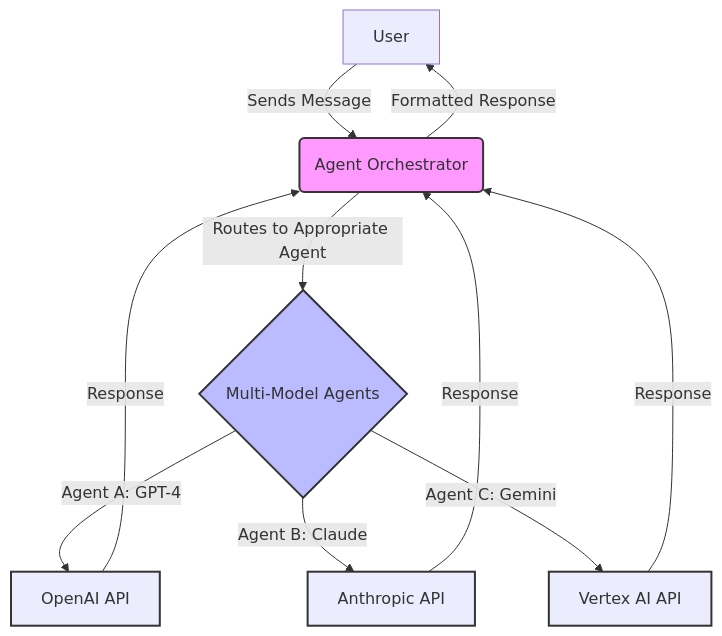
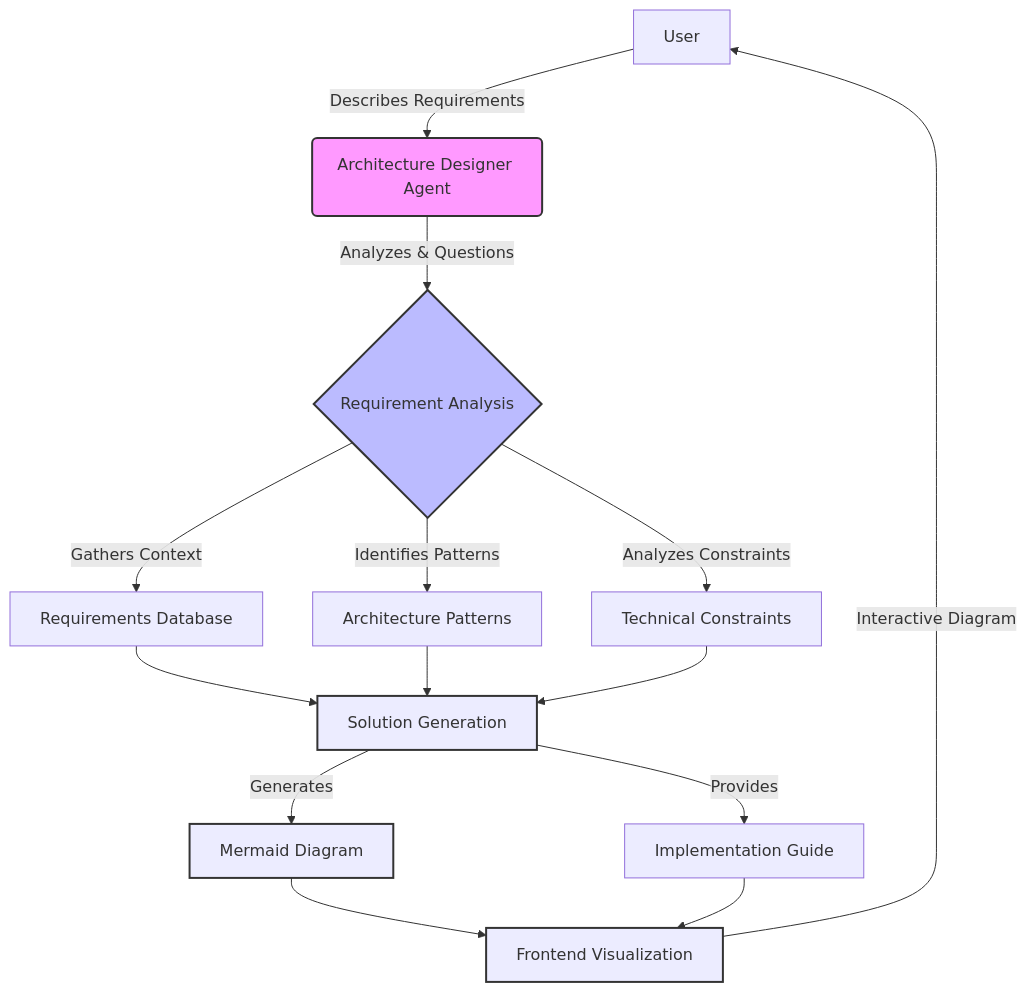
One commit to justmeloic/flowgen changed the first of 2 diagrams in services/backend/README.md. Above: the diagram before and after it, drawn with Mermaid. The commit also changed other lines of this file and 10 other files, not shown here.

First line of the commit message:
feat: transform to Architecture Designer

````diff
--- a/services/backend/README.md
+++ b/services/backend/README.md
@@ -15,18 +16,22 @@
 ```mermaid
 graph TD
-    A[User] -- Sends Message --> B(Agent Orchestrator);
-    B -- Routes to Appropriate Agent --> C{Multi-Model Agents};
-    C -- Agent A: GPT-4 --> D[OpenAI API];
-    C -- Agent B: Claude --> E[Anthropic API];
-    C -- Agent C: Gemini --> F[Vertex AI API];
-    D -- Response --> B;
-    E -- Response --> B;
-    F -- Response --> B;
-    B -- Formatted Response --> A;
+    A[User] -- Describes Requirements --> B(Architecture Designer Agent);
+    B -- Analyzes & Questions --> C{Requirement Analysis};
+    C -- Gathers Context --> D[Requirements Database];
+    C -- Identifies Patterns --> E[Architecture Patterns];
+    C -- Analyzes Constraints --> F[Technical Constraints];
+    D --> G[Solution Generation];
+    E --> G;
+    F --> G;
+    G -- Generates --> H[Mermaid Diagram];
+    G -- Provides --> I[Implementation Guide];
+    H --> J[Frontend Visualization];
+    I --> J;
+    J -- Interactive Diagram --> A;
 
     style B fill:#f9f,stroke:#333,stroke-width:2px
     style C fill:#bbf,stroke:#333,stroke-width:2px
-    style D fill:#lightgreen,stroke:#333,stroke-width:2px
-    style E fill:#lightblue,stroke:#333,stroke-width:2px
-    style F fill:#orange,stroke:#333,stroke-width:2px
+    style G fill:#lightgreen,stroke:#333,stroke-width:2px
+    style H fill:#orange,stroke:#333,stroke-width:2px
+    style J fill:#lightblue,stroke:#333,stroke-width:2px
 ```
````
